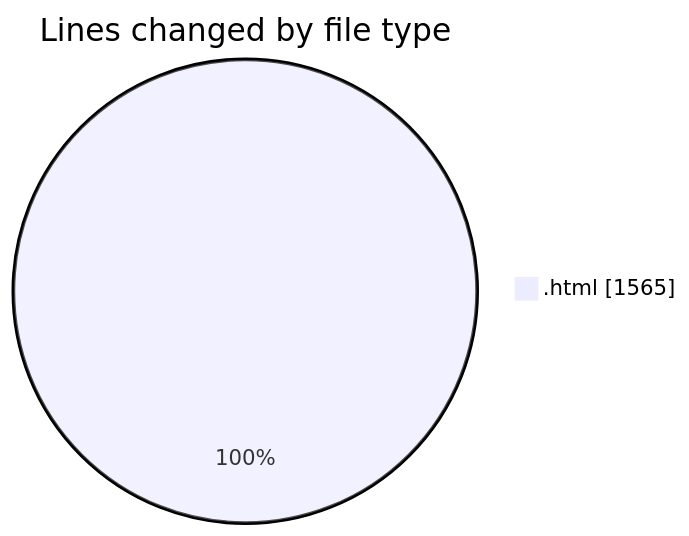
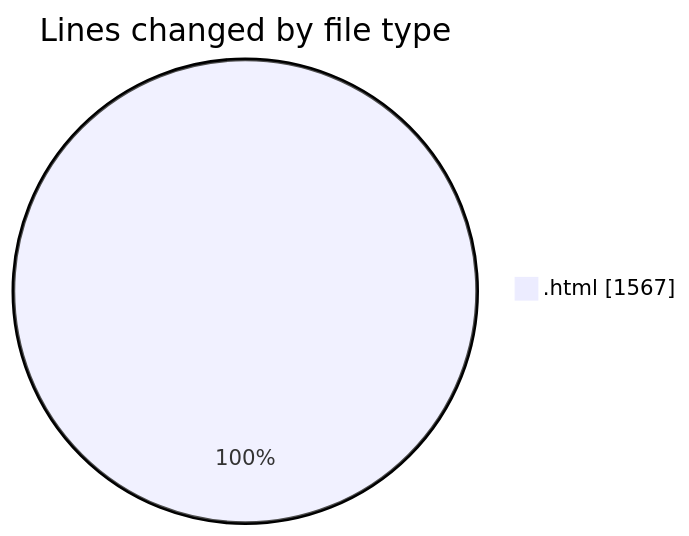
One commit to Ritupan-Deka/code-tracking changed the first of 2 diagrams in 2025-05-21/filetransfer/README.md. Above: the diagram before and after it, drawn with Mermaid. The commit also changed other lines of this file and 1 other file, not shown here.

````diff
--- a/2025-05-21/filetransfer/README.md
+++ b/2025-05-21/filetransfer/README.md
@@ -22,5 +22,5 @@
 ```mermaid
 pie showData
 title Lines changed by file type
-".html" : 1565
+".html" : 1567
 ```
````
